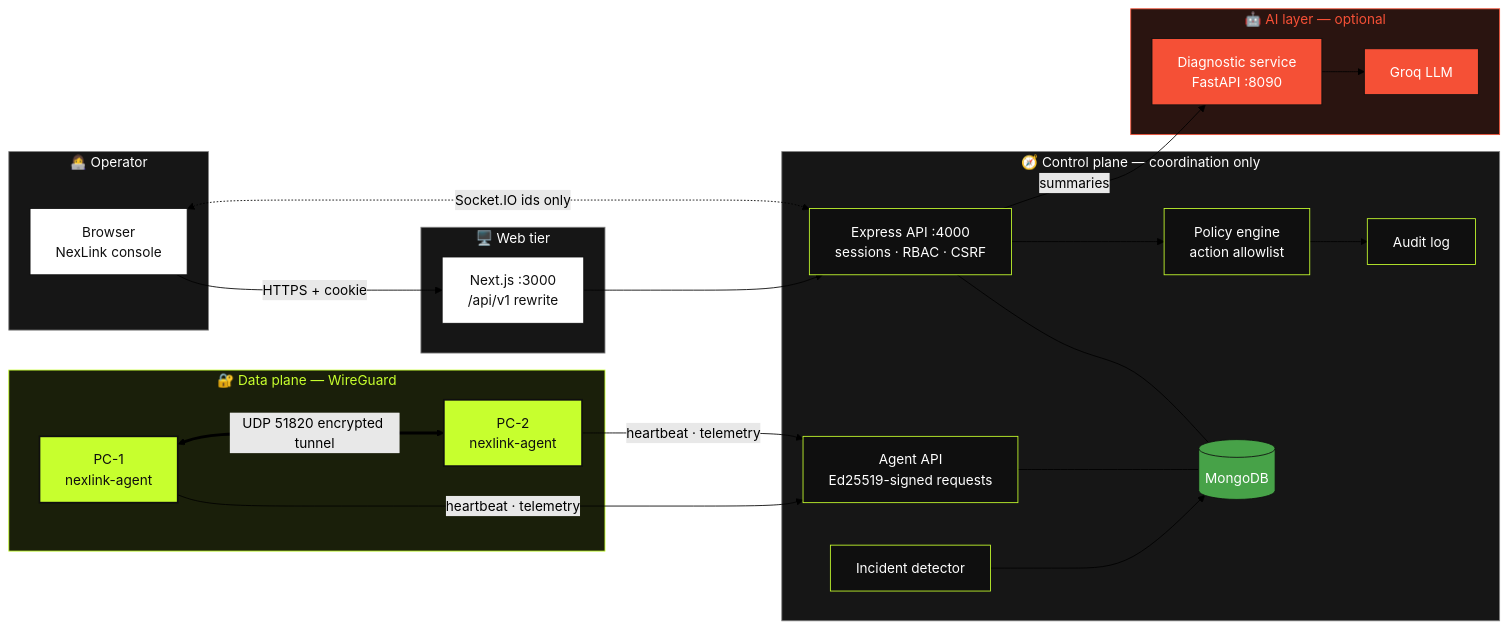
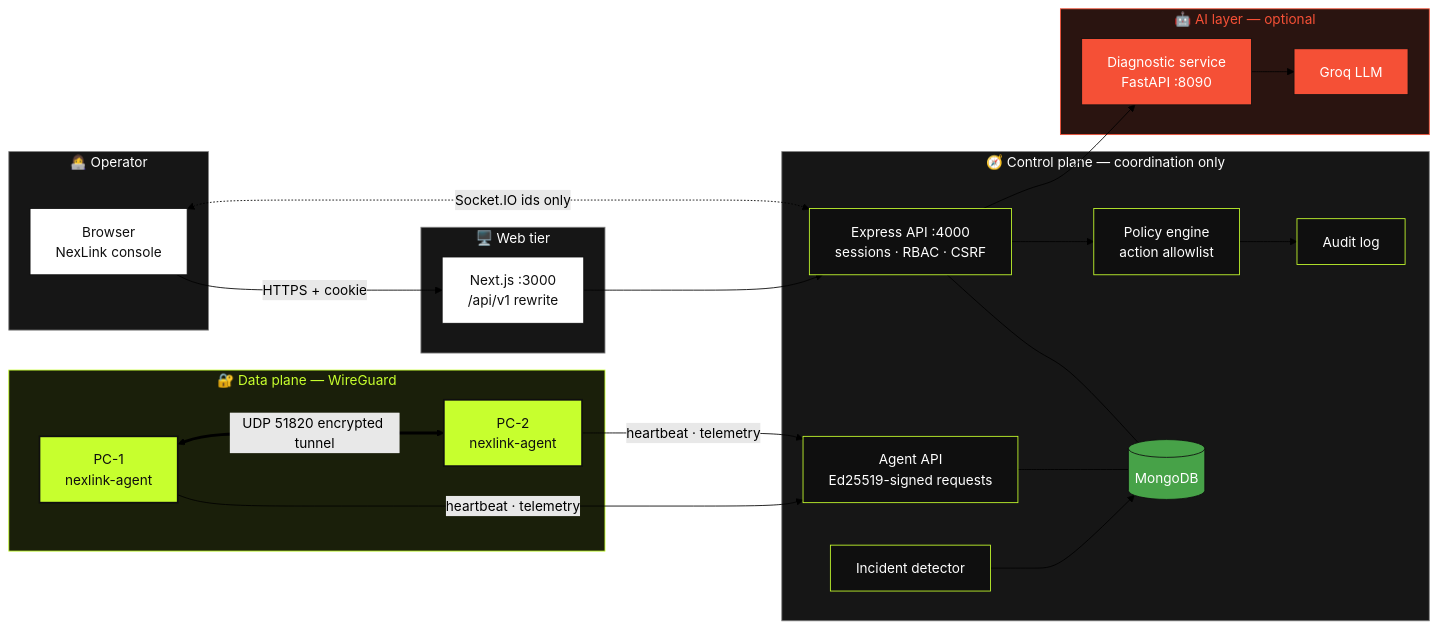
The first of 5 diagrams in README.md (Maitrey-Bharambe/nexlinkk), drawn with Mermaid (forest theme) before and after one commit. The commit also changed other lines of this file and 19 other files, not shown here.

````diff
--- a/README.md
+++ b/README.md
@@ -73,57 +71,57 @@
 ```mermaid
 flowchart LR
     subgraph OP["👩‍💻 Operator"]
         B["Browser<br/>NexLink console"]
     end
 
     subgraph WEB["🖥️ Web tier"]
         FE["Next.js :3000<br/>/api/v1 rewrite"]
     end
 
     subgraph CP["🧭 Control plane — coordination only"]
         API["Express API :4000<br/>sessions · RBAC · CSRF"]
         AG["Agent API<br/>Ed25519-signed requests"]
         DET["Incident detector"]
         POL["Policy engine<br/>action allowlist"]
         AUD["Audit log"]
         DB[("MongoDB")]
     end
 
     subgraph AI["🤖 AI layer — optional"]
         DS["Diagnostic service<br/>FastAPI :8090"]
         LLM["Groq LLM"]
     end
 
     subgraph DP["🔐 Data plane — WireGuard"]
         A1["PC-1<br/>nexlink-agent"]
         A2["PC-2<br/>nexlink-agent"]
     end
 
     B -->|"HTTPS + cookie"| FE --> API
     B <-.->|"Socket.IO ids only"| API
     API --- DB
     AG --- DB
     API --> POL --> AUD
     DET --> DB
-    API -->|"summaries"| DS --> LLM
+    API --> DS --> LLM
     A1 -->|"heartbeat · telemetry"| AG
     A2 -->|"heartbeat · telemetry"| AG
     A1 <==>|"UDP 51820 encrypted tunnel"| A2
 
     classDef lime fill:#C7FF2E,stroke:#0F0F0F,color:#0F0F0F,stroke-width:2px
     classDef ink fill:#0F0F0F,stroke:#C7FF2E,color:#FFFFFF,stroke-width:1px
     classDef char fill:#2E2E2E,stroke:#808080,color:#FFFFFF
     classDef white fill:#FFFFFF,stroke:#0F0F0F,color:#0F0F0F
     classDef ai fill:#F55036,stroke:#0F0F0F,color:#FFFFFF
     classDef db fill:#47A248,stroke:#0F0F0F,color:#FFFFFF
     class A1,A2 lime
     class API,AG,DET,POL,AUD ink
     class B,FE white
     class DS,LLM ai
     class DB db
     style DP fill:#1A1F0A,stroke:#C7FF2E,color:#C7FF2E
     style CP fill:#161616,stroke:#808080,color:#FFFFFF
     style AI fill:#2A1410,stroke:#F55036,color:#F55036
     style WEB fill:#161616,stroke:#808080,color:#FFFFFF
     style OP fill:#161616,stroke:#808080,color:#FFFFFF
 ```
````
